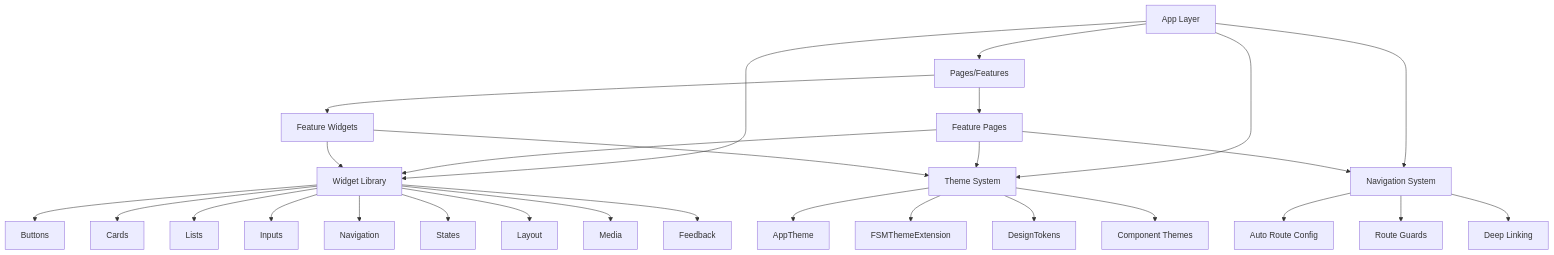
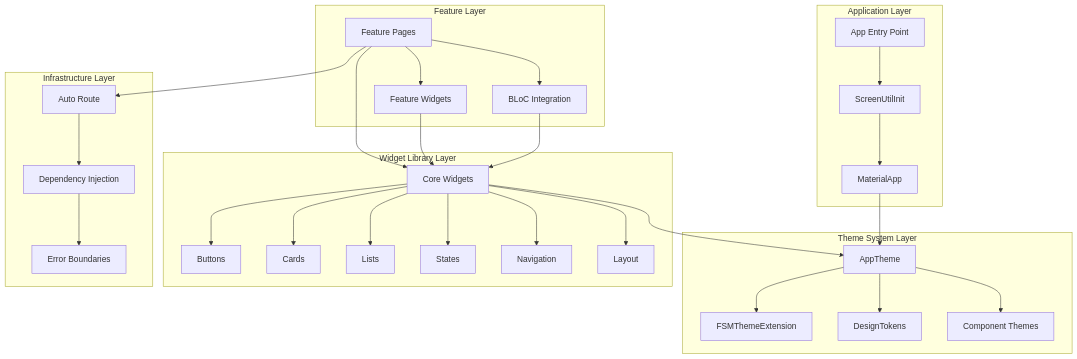
The diagram in .kiro/specs/flutter-design-system-refactor/design.md (jahnavi783/fsm), drawn with Mermaid before and after one commit. The commit also changed other lines of this file and 99 other files, not shown here.

First line of the commit message:
refactor: migrate hardcoded colors, spacing, and dimensions to theme and design tokens

````diff
--- a/.kiro/specs/flutter-design-system-refactor/design.md
+++ b/.kiro/specs/flutter-design-system-refactor/design.md
@@ -13,35 +22,61 @@
 ```mermaid
 graph TB
-    A[App Layer] --> B[Theme System]
-    A --> C[Widget Library]
-    A --> D[Pages/Features]
-    A --> E[Navigation System]
+    subgraph "Application Layer"
+        A[App Entry Point]
+        A --> B[ScreenUtilInit]
+        B --> C[MaterialApp]
+    end
     
-    B --> B1[AppTheme]
-    B --> B2[FSMThemeExtension]
-    B --> B3[DesignTokens]
-    B --> B4[Component Themes]
+    subgraph "Theme System Layer"
+        D[AppTheme]
+        E[FSMThemeExtension]
+        F[DesignTokens]
+        G[Component Themes]
+        
+        D --> E
+        D --> F
+        D --> G
+    end
     
-    C --> C1[Buttons]
-    C --> C2[Cards]
-    C --> C3[Lists]
-    C --> C4[Inputs]
-    C --> C5[Navigation]
-    C --> C6[States]
-    C --> C7[Layout]
-    C --> C8[Media]
-    C --> C9[Feedback]
+    subgraph "Widget Library Layer"
+        H[Core Widgets]
+        I[Buttons]
+        J[Cards]
+        K[Lists]
+        L[States]
+        M[Navigation]
+        N[Layout]
+        
+        H --> I
+        H --> J
+        H --> K
+        H --> L
+        H --> M
+        H --> N
+    end
     
-    E --> E1[Auto Route Config]
-    E --> E2[Route Guards]
-    E --> E3[Deep Linking]
+    subgraph "Feature Layer"
+        O[Feature Pages]
+        P[Feature Widgets]
+        Q[BLoC Integration]
+        
+        O --> P
+        O --> Q
+    end
     
-    D --> D1[Feature Pages]
-    D --> D2[Feature Widgets]
+    subgraph "Infrastructure Layer"
+        R[Auto Route]
+        S[Dependency Injection]
+        T[Error Boundaries]
+        
+        R --> S
+        S --> T
+    end
     
-    D1 --> C
-    D2 --> C
-    D1 --> B
-    D2 --> B
-    D1 --> E
+    C --> D
+    O --> H
+    P --> H
+    Q --> H
+    O --> R
+    H --> D
 ```
````
